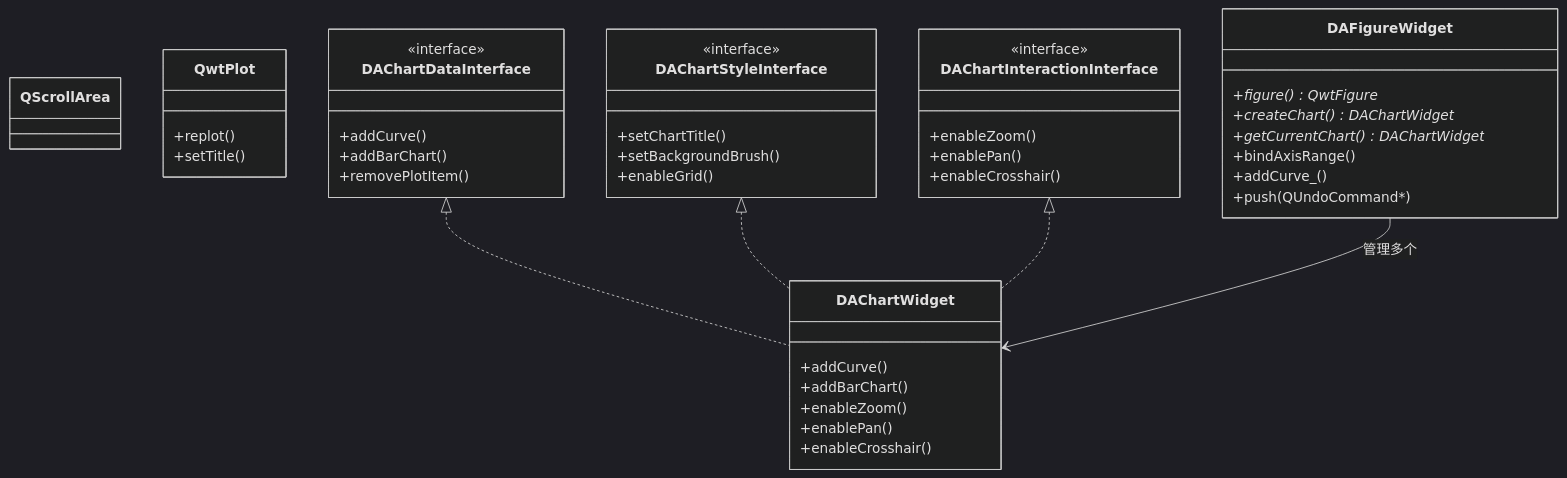
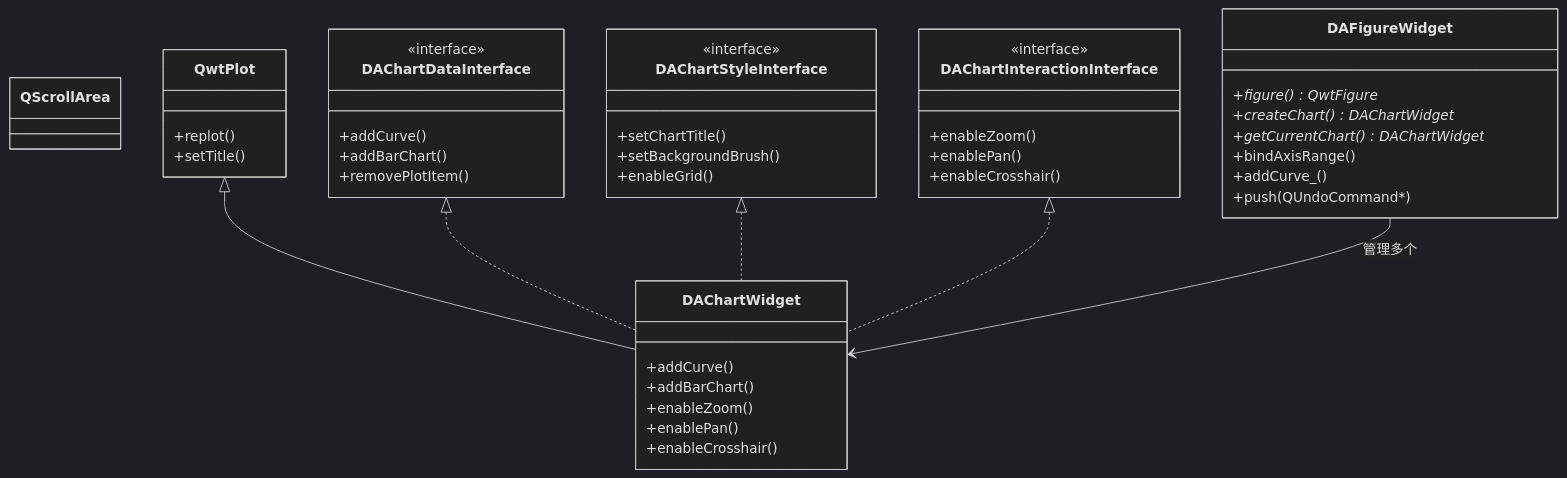
The sixth of 18 diagrams in docs/zh/dev-guide/module-breakdown.md (czyt1988/data-workbench), drawn with Mermaid (dark theme) before and after one commit. The commit also changed 17 other files, not shown here.

````diff
--- a/docs/zh/dev-guide/module-breakdown.md
+++ b/docs/zh/dev-guide/module-breakdown.md
@@ -403,53 +403,54 @@
 ```mermaid
 classDiagram
     class QScrollArea {
     }
 
     class QwtPlot {
         +replot()
         +setTitle()
     }
 
     class DAFigureWidget {
         +figure() QwtFigure*
         +createChart() DAChartWidget*
         +getCurrentChart() DAChartWidget*
         +bindAxisRange()
         +addCurve_()
         +push(QUndoCommand*)
     }
 
     class DAChartWidget {
         +addCurve()
         +addBarChart()
         +enableZoom()
         +enablePan()
         +enableCrosshair()
     }
 
     class DAChartDataInterface {
         <<interface>>
         +addCurve()
         +addBarChart()
         +removePlotItem()
     }
 
     class DAChartStyleInterface {
         <<interface>>
         +setChartTitle()
         +setBackgroundBrush()
         +enableGrid()
     }
 
     class DAChartInteractionInterface {
         <<interface>>
         +enableZoom()
         +enablePan()
         +enableCrosshair()
     }
 
+    QwtPlot <|-- DAChartWidget
     DAChartDataInterface <|.. DAChartWidget
     DAChartStyleInterface <|.. DAChartWidget
     DAChartInteractionInterface <|.. DAChartWidget
     DAFigureWidget --> DAChartWidget : 管理多个
 ```
````
